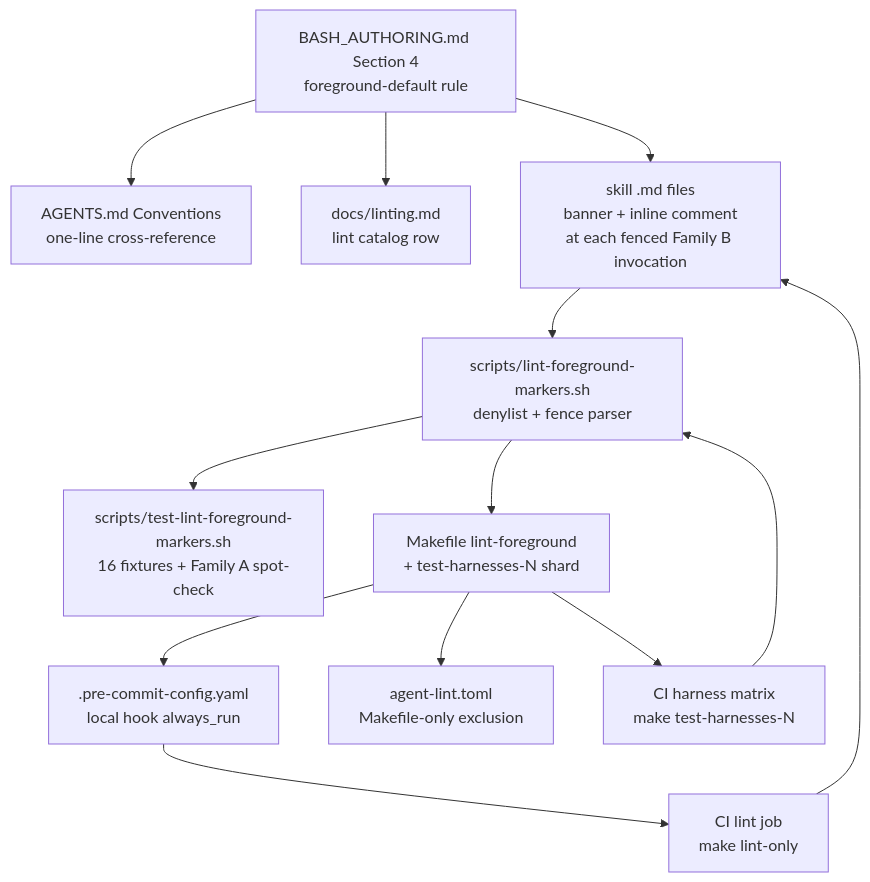
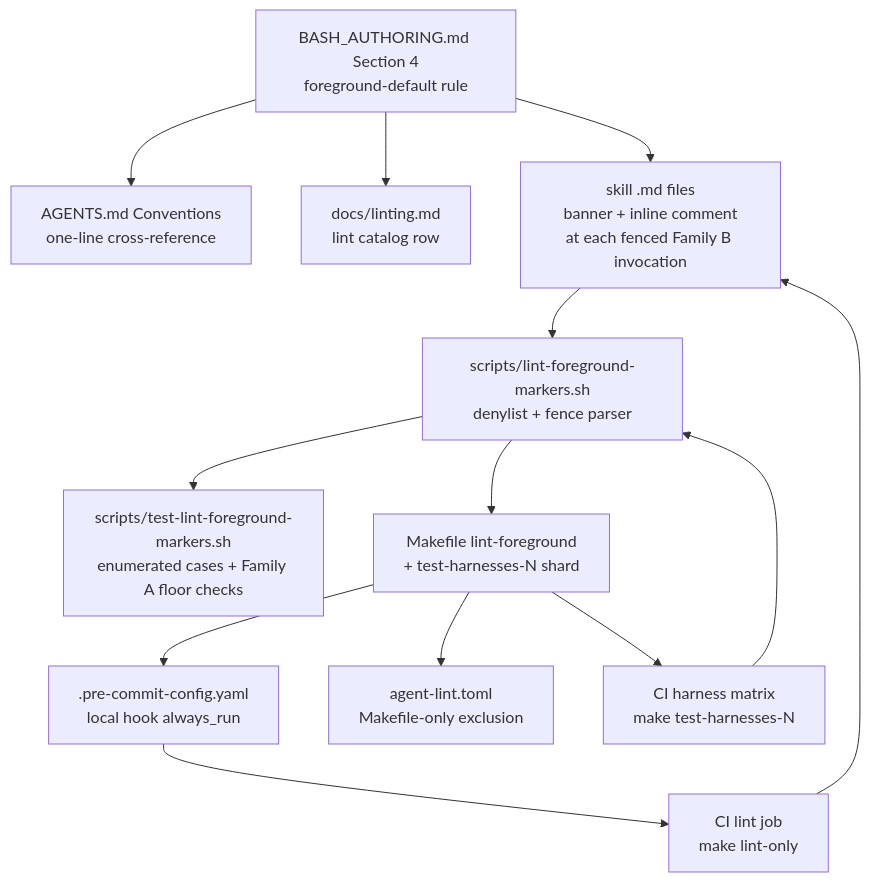
The diagram in larch-logs/design/35557933-4A6B-4989-982E-F1E871A8A0D8/architecture-diagram.md (character-ai/larch), drawn with Mermaid before and after one commit. The commit also changed 9 other files, not shown here.

````diff
--- a/larch-logs/design/35557933-4A6B-4989-982E-F1E871A8A0D8/architecture-diagram.md
+++ b/larch-logs/design/35557933-4A6B-4989-982E-F1E871A8A0D8/architecture-diagram.md
@@ -3,34 +3,34 @@
 ```mermaid
 flowchart TD
     Rule[BASH_AUTHORING.md Section 4<br/>foreground-default rule]
     Cross[AGENTS.md Conventions<br/>one-line cross-reference]
     Catalog[docs/linting.md<br/>lint catalog row]
 
     Markers[skill .md files<br/>banner + inline comment<br/>at each fenced Family B invocation]
     Linter[scripts/lint-foreground-markers.sh<br/>denylist + fence parser]
-    Harness[scripts/test-lint-foreground-markers.sh<br/>16 fixtures + Family A spot-check]
+    Harness[scripts/test-lint-foreground-markers.sh<br/>enumerated cases + Family A floor checks]
 
     MakeTarget[Makefile lint-foreground<br/>+ test-harnesses-N shard]
     PreCommit[.pre-commit-config.yaml<br/>local hook always_run]
     AgentLint[agent-lint.toml<br/>Makefile-only exclusion]
 
     CILint[CI lint job<br/>make lint-only]
     CIHarness[CI harness matrix<br/>make test-harnesses-N]
 
     Rule --> Cross
     Rule --> Catalog
     Rule --> Markers
 
     Markers --> Linter
     Linter --> Harness
     Linter --> MakeTarget
 
     MakeTarget --> PreCommit
     MakeTarget --> AgentLint
 
     PreCommit --> CILint
     MakeTarget --> CIHarness
 
     CILint --> Markers
     CIHarness --> Linter
 ```
````
